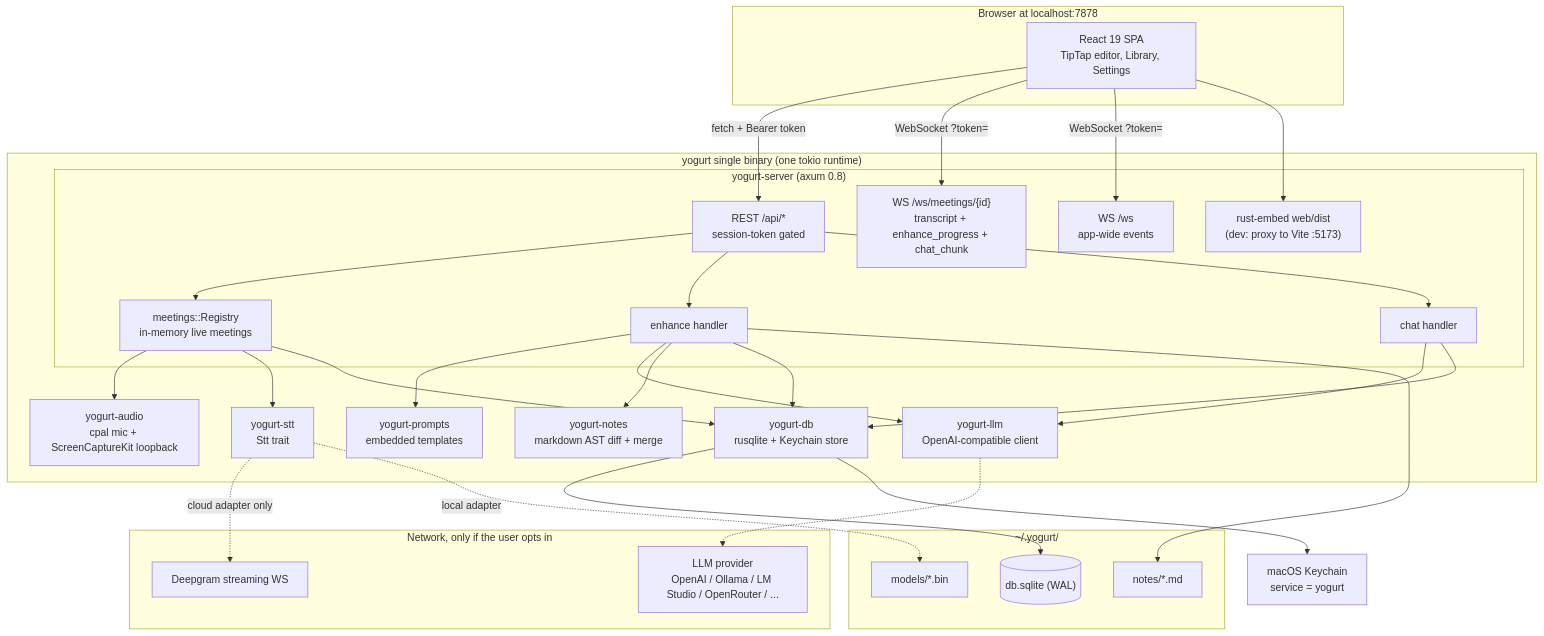
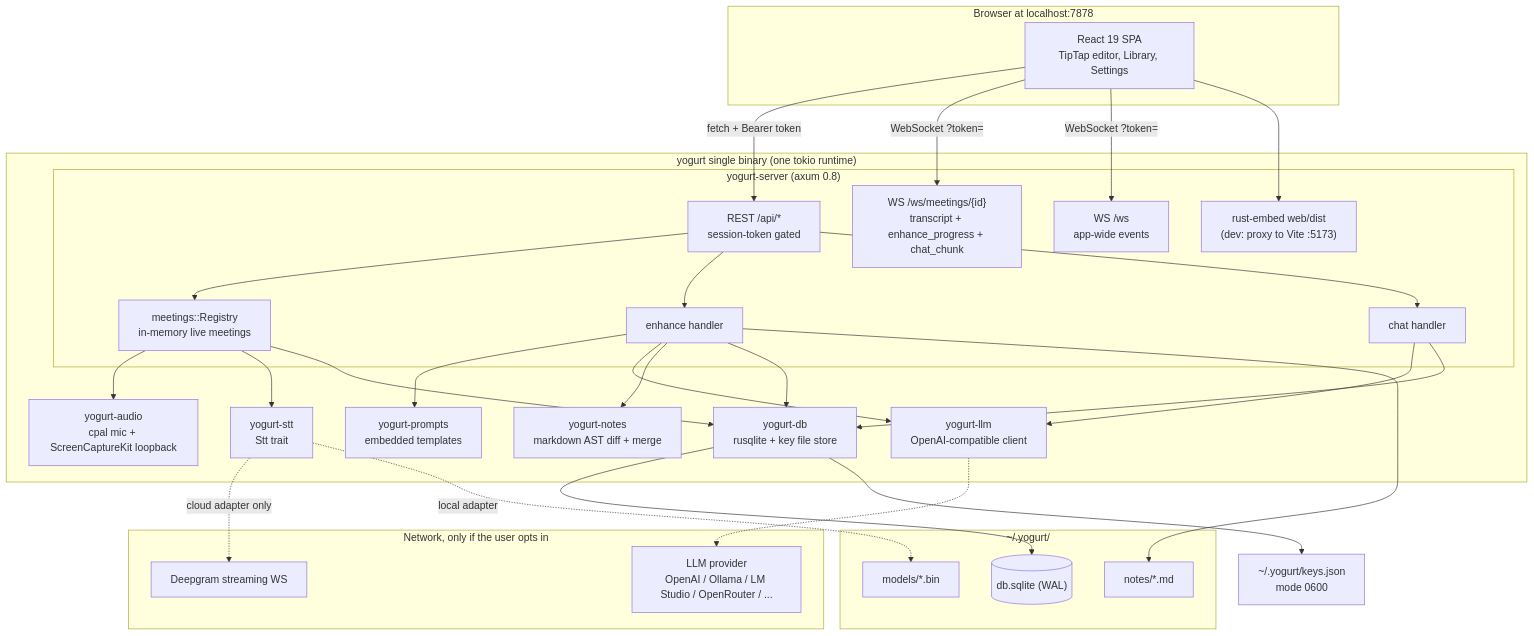
One commit to jarvisrchen/yogurt changed the first of 11 diagrams in docs/ARCHITECTURE.md. Above: the diagram before and after it, drawn with Mermaid. The commit also changed other lines of this file and 43 other files, not shown here.

First line of the commit message:
feat(keys): replace macOS Keychain with ~/.yogurt/keys.json file store

````diff
--- a/docs/ARCHITECTURE.md
+++ b/docs/ARCHITECTURE.md
@@ -63,62 +63,62 @@
 ```mermaid
 graph TB
     subgraph Browser["Browser at localhost:7878"]
         SPA["React 19 SPA<br/>TipTap editor, Library, Settings"]
     end
 
     subgraph Proc["yogurt single binary (one tokio runtime)"]
         subgraph Web["yogurt-server (axum 0.8)"]
             REST["REST /api/*<br/>session-token gated"]
             WSM["WS /ws/meetings/{id}<br/>transcript + enhance_progress + chat_chunk"]
             WSA["WS /ws<br/>app-wide events"]
             ASSETS["rust-embed web/dist<br/>(dev: proxy to Vite :5173)"]
             REG["meetings::Registry<br/>in-memory live meetings"]
             ENH["enhance handler"]
             CHAT["chat handler"]
         end
 
         AUD["yogurt-audio<br/>cpal mic + ScreenCaptureKit loopback"]
         STT["yogurt-stt<br/>Stt trait"]
         NOTES["yogurt-notes<br/>markdown AST diff + merge"]
         PROMPTS["yogurt-prompts<br/>embedded templates"]
         LLM["yogurt-llm<br/>OpenAI-compatible client"]
-        DB["yogurt-db<br/>rusqlite + Keychain store"]
+        DB["yogurt-db<br/>rusqlite + key file store"]
     end
 
     subgraph Disk["~/.yogurt/"]
         SQLITE[("db.sqlite (WAL)")]
         NOTESDIR["notes/*.md"]
         MODELS["models/*.bin"]
     end
 
     subgraph Cloud["Network, only if the user opts in"]
         DG["Deepgram streaming WS"]
         PROV["LLM provider<br/>OpenAI / Ollama / LM Studio / OpenRouter / ..."]
     end
 
-    KC["macOS Keychain<br/>service = yogurt"]
+    KC["~/.yogurt/keys.json<br/>mode 0600"]
 
     SPA -->|"fetch + Bearer token"| REST
     SPA -->|"WebSocket ?token="| WSM
     SPA -->|"WebSocket ?token="| WSA
     SPA --> ASSETS
 
     REST --> REG
     REST --> ENH
     REST --> CHAT
     REG --> AUD
     REG --> STT
     STT -.->|"cloud adapter only"| DG
     ENH --> PROMPTS
     ENH --> LLM
     ENH --> NOTES
     CHAT --> LLM
     LLM -.-> PROV
     ENH --> DB
     CHAT --> DB
     REG --> DB
     DB --> SQLITE
     ENH --> NOTESDIR
     STT -.->|"local adapter"| MODELS
     DB --> KC
 ```
````
